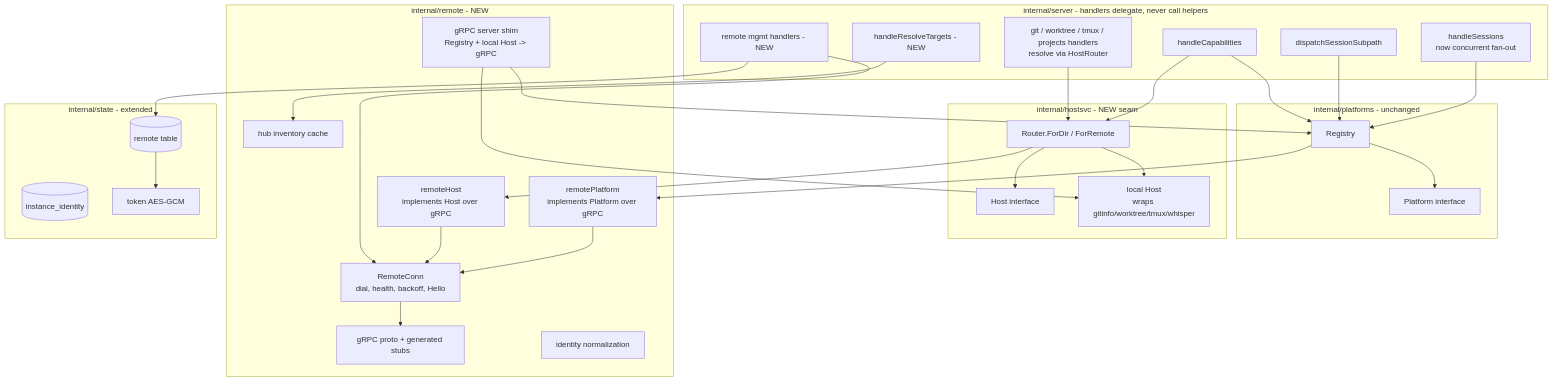
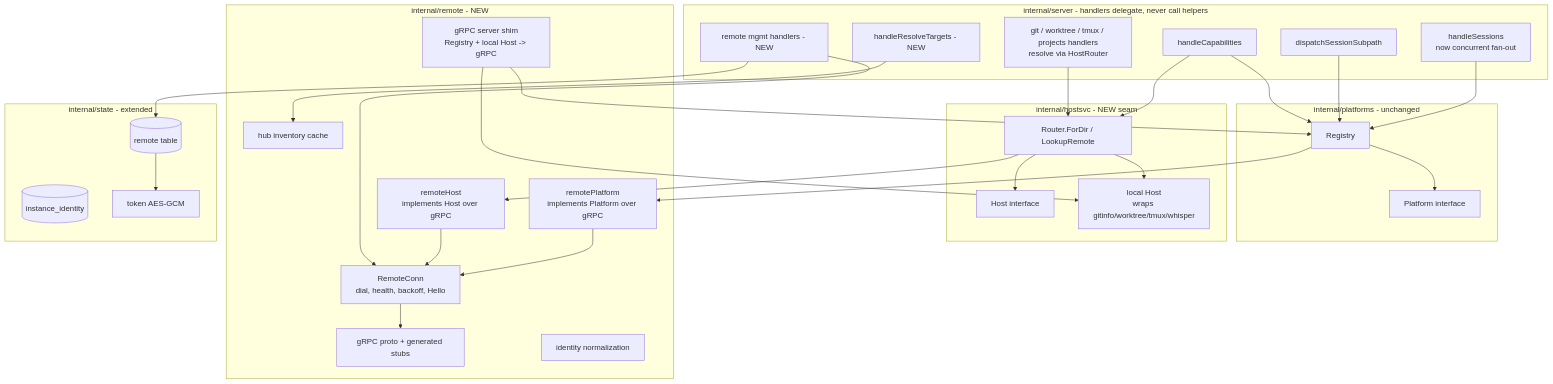
The third of 8 diagrams in spec/multi-remote-support/architecture.md (ocman/ocman), drawn with Mermaid before and after one commit. The commit also changed other lines of this file and 1 other file, not shown here.

First line of the commit message:
docs: correct the spec's ForRemote references to LookupRemote

````diff
--- a/spec/multi-remote-support/architecture.md
+++ b/spec/multi-remote-support/architecture.md
@@ -785,58 +791,58 @@
 ```mermaid
 graph TD
     subgraph Server[internal/server - handlers delegate, never call helpers]
       HS[handleSessions<br/>now concurrent fan-out]
       DISP[dispatchSessionSubpath]
       CAP[handleCapabilities]
       RES[handleResolveTargets - NEW]
       WT[git / worktree / tmux / projects handlers<br/>resolve via HostRouter]
       RMG[remote mgmt handlers - NEW]
     end
 
     subgraph Platforms[internal/platforms - unchanged]
       Iface[Platform interface]
       Reg[Registry]
     end
 
     subgraph HostSvc[internal/hostsvc - NEW seam]
       HIface[Host interface]
-      Router[Router.ForDir / ForRemote]
+      Router[Router.ForDir / LookupRemote]
       LocalHost[local Host<br/>wraps gitinfo/worktree/tmux/whisper]
     end
 
     subgraph Remote[internal/remote - NEW]
       Proto[gRPC proto + generated stubs]
       RConn[RemoteConn<br/>dial, health, backoff, Hello]
       RPlat[remotePlatform<br/>implements Platform over gRPC]
       RHost[remoteHost<br/>implements Host over gRPC]
       GSrv[gRPC server shim<br/>Registry + local Host -> gRPC]
       Ident[identity normalization]
       Inv[hub inventory cache]
     end
 
     subgraph State[internal/state - extended]
       RemoteTbl[(remote table)]
       Ident2[(instance_identity)]
       Crypto[token AES-GCM]
     end
 
     HS --> Reg
     DISP --> Reg
     CAP --> Reg
     CAP --> Router
     Reg --> Iface
     Reg --> RPlat
     RPlat --> RConn
     RConn --> Proto
     RES --> Inv
     WT --> Router
     Router --> HIface
     Router --> LocalHost
     Router --> RHost
     RHost --> RConn
     RMG --> RemoteTbl
     RMG --> RConn
     GSrv --> Reg
     GSrv --> LocalHost
     RemoteTbl --> Crypto
 ```
````
